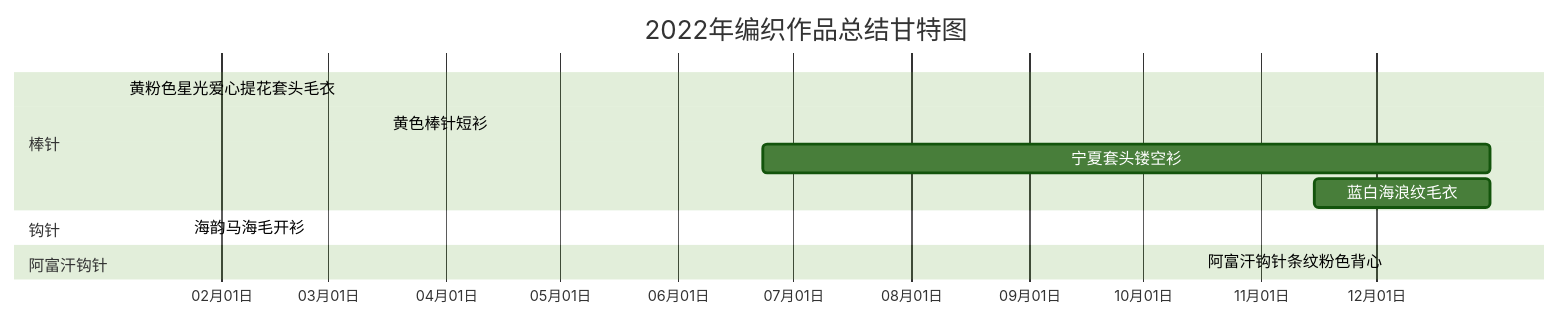
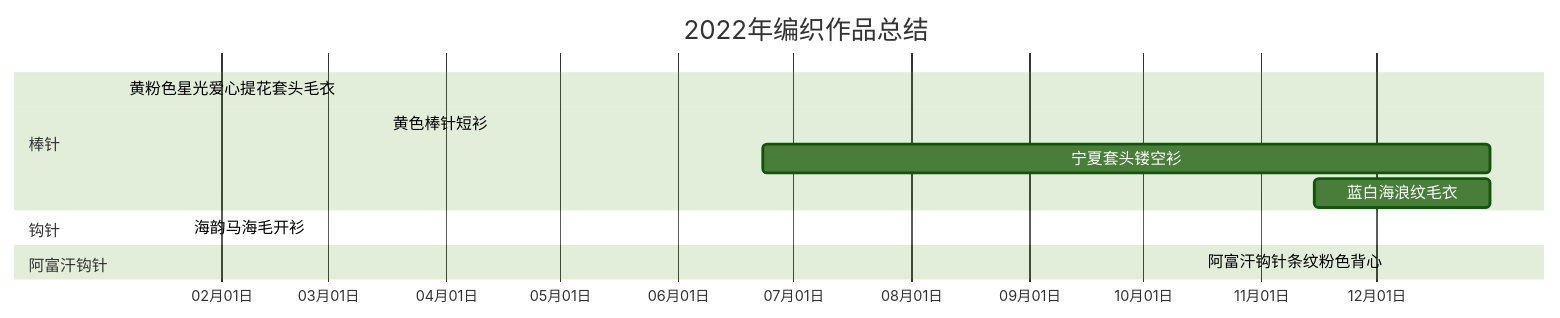
One commit to JiYouMCC/JiYouMCC.github.io changed the diagram in _posts/2023-03-01-101.markdown. Above: the diagram before and after it, drawn with Mermaid (forest theme). The commit also changed other lines of this file, not shown here.

````diff
--- a/_posts/2023-03-01-101.markdown
+++ b/_posts/2023-03-01-101.markdown
@@ -20,18 +20,18 @@
 ```mermaid
 gantt
-    title 2022年编织作品总结甘特图
+    title 2022年编织作品总结
     axisFormat %m月%d日
     todayMarker off
     
     section 棒针
     黄粉色星光爱心提花套头毛衣   :done,   a1,2022-01-06, 2022-05-08
     黄色棒针短衫                :done,   2022-03-16, 2022-06-21
     宁夏套头镂空衫              :active  2022-06-23,191d
     蓝白海浪纹毛衣              :active  2022-11-15, 46d 
     
     section 钩针
     海韵马海毛开衫              :done,  a5,2022-01-23, 2022-11-15 
     
     section 阿富汗钩针
     阿富汗钩针条纹粉色背心       :done,  2022-10-16, 2022-10-30    
 ```
````
